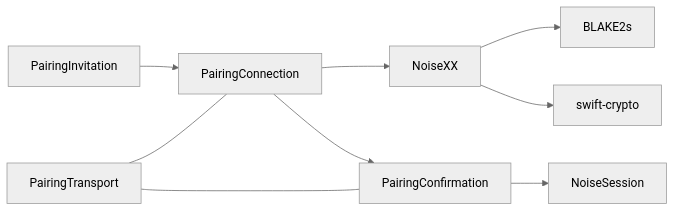
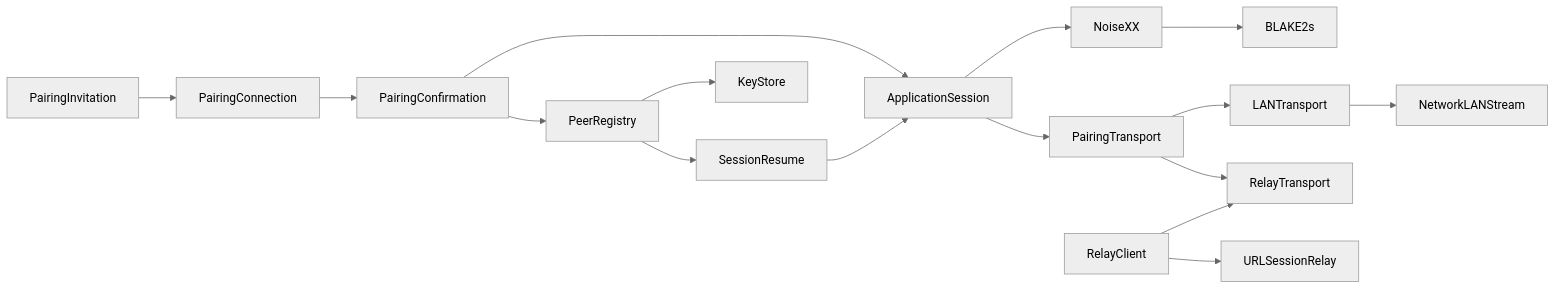
Before and after one commit to Harwasch/voiceremote: the diagram in SW/ios/Packages/Pairing/Sources/README.md, drawn with Mermaid (neutral theme). The commit also changed other lines of this file and 50 other files, not shown here.

Commit message:
SW: iPhone session layer, relay client and end-to-end test

````diff
--- a/SW/ios/Packages/Pairing/Sources/README.md
+++ b/SW/ios/Packages/Pairing/Sources/README.md
@@ -1,8 +1,11 @@
 ```mermaid
 flowchart LR
-  PairingInvitation --> PairingConnection
-  PairingConnection --> NoiseXX --> BLAKE2s
-  NoiseXX --> Crypto[swift-crypto]
-  PairingConnection --> PairingConfirmation --> NoiseSession
-  Transport[PairingTransport] --- PairingConnection & PairingConfirmation
+  PairingInvitation --> PairingConnection --> PairingConfirmation
+  PairingConfirmation --> PeerRegistry --> SessionResume
+  PairingConfirmation & SessionResume --> ApplicationSession --> NoiseXX --> BLAKE2s
+  ApplicationSession --> PairingTransport
+  PairingTransport --> LANTransport & RelayTransport
+  RelayClient --> RelayTransport & URLSessionRelay
+  LANTransport --> NetworkLANStream
+  PeerRegistry --> KeyStore
 ```
````
